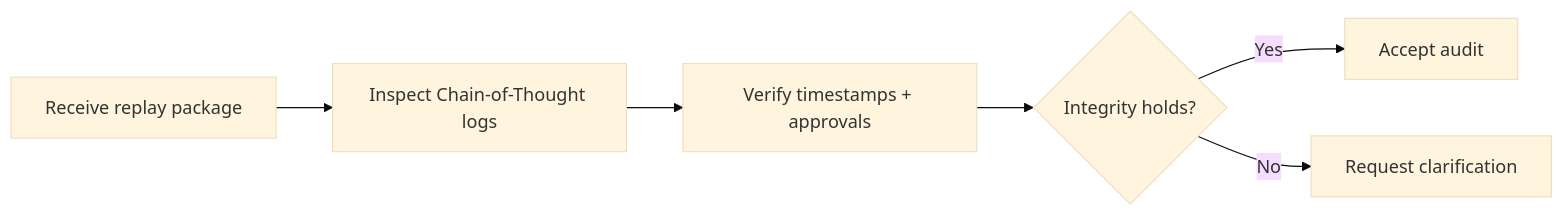
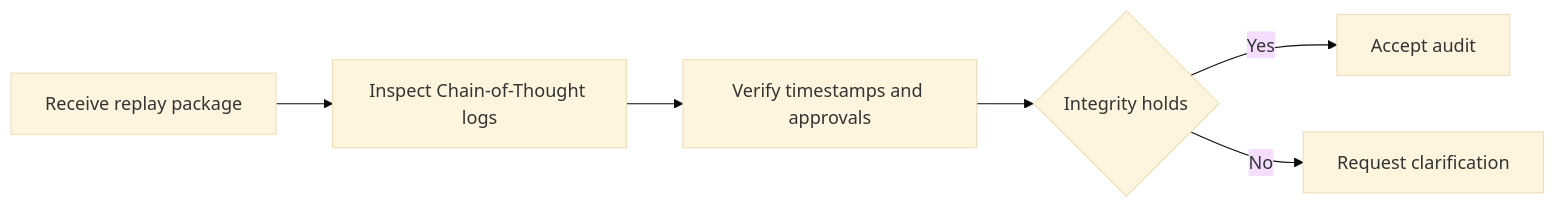
Before and after one commit to andiekobbietks/magentic-ui: diagram 13 of 13 in README.md, drawn with Mermaid (base theme). The commit also changed other lines of this file, not shown here.

Commit message:
docs: fix mermaid syntax and add before/after tables for personas

````diff
--- a/README.md
+++ b/README.md
@@ -254,8 +362,8 @@
-  ```mermaid
-  flowchart LR
+```mermaid
+flowchart LR
     A[Receive replay package] --> B[Inspect Chain-of-Thought logs]
-    B --> C[Verify timestamps + approvals]
-    C --> D{Integrity holds?}
+    B --> C[Verify timestamps and approvals]
+    C --> D{Integrity holds}
     D -->|Yes| E[Accept audit]
     D -->|No| F[Request clarification]
   ```
````
